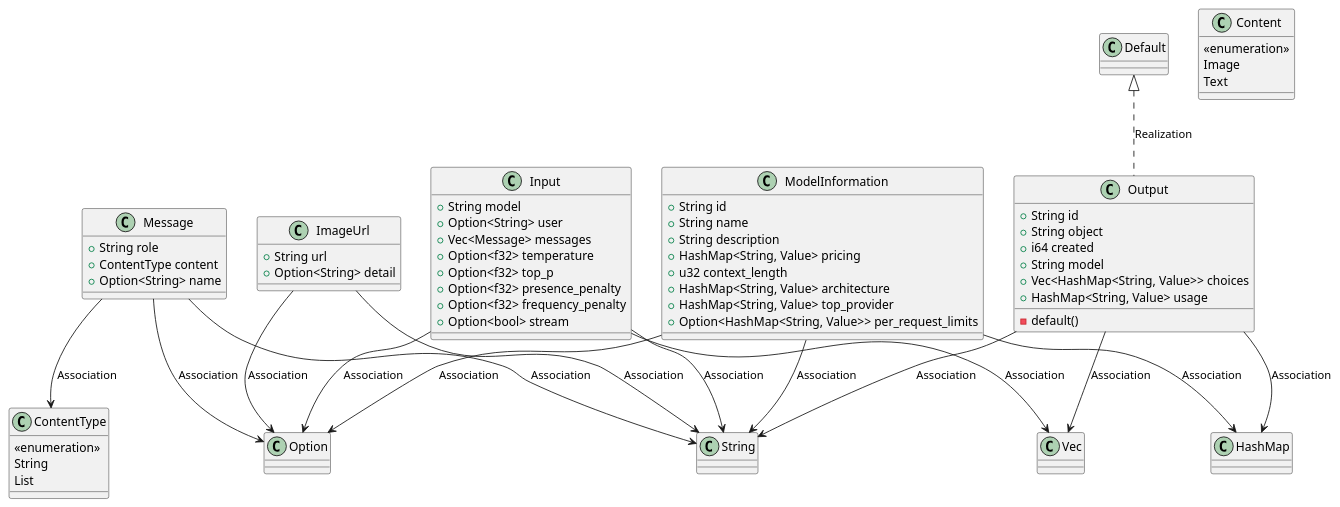
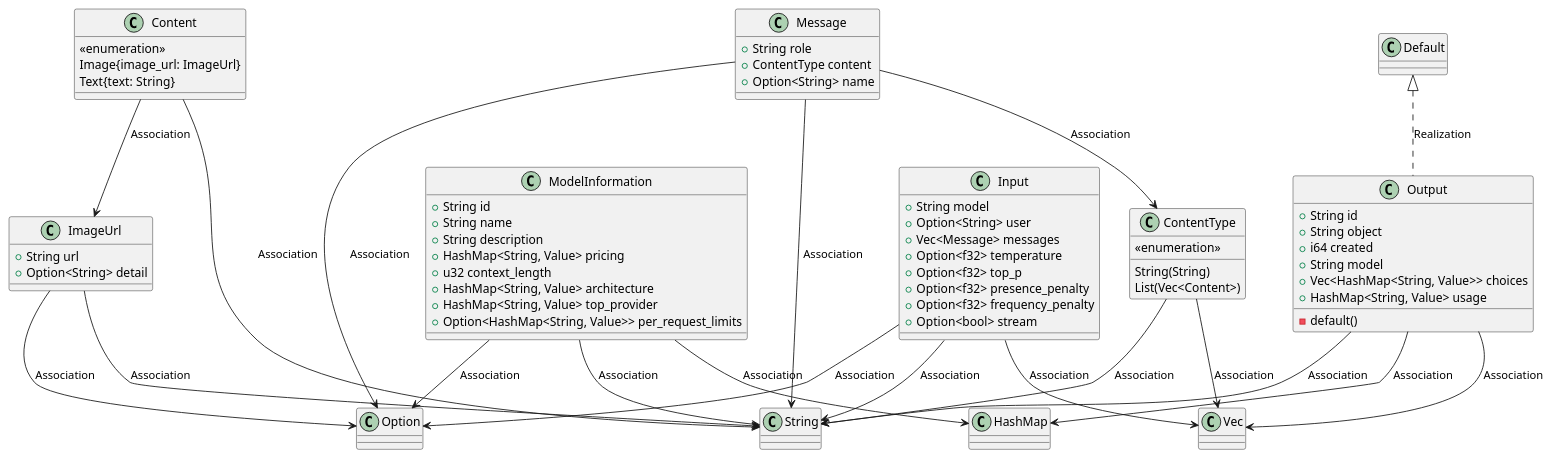
The first of 2 diagrams in openwiki/modules/src/application/dtos.md (lgcorzo/fastapi-autogen-team), drawn with PlantUML before and after one commit. The commit also changed other lines of this file and 35 other files, not shown here.

````diff
--- a/openwiki/modules/src/application/dtos.md
+++ b/openwiki/modules/src/application/dtos.md
@@ -26,67 +26,71 @@
 ```plantuml
 @startuml
     class ImageUrl {
         +String url
         +Option<String> detail
     }
     class Content {
         <<enumeration>>
-        Image
-        Text
+        Image{image_url: ImageUrl}
+        Text{text: String}
     }
     class ModelInformation {
         +String id
         +String name
         +String description
         +HashMap<String, Value> pricing
         +u32 context_length
         +HashMap<String, Value> architecture
         +HashMap<String, Value> top_provider
         +Option<HashMap<String, Value>> per_request_limits
     }
     class Message {
         +String role
         +ContentType content
         +Option<String> name
     }
     class ContentType {
         <<enumeration>>
-        String
-        List
+        String(String)
+        List(Vec<Content>)
     }
     class Input {
         +String model
         +Option<String> user
         +Vec<Message> messages
         +Option<f32> temperature
         +Option<f32> top_p
         +Option<f32> presence_penalty
         +Option<f32> frequency_penalty
         +Option<bool> stream
     }
     class Output {
         +String id
         +String object
         +i64 created
         +String model
         +Vec<HashMap<String, Value>> choices
         +HashMap<String, Value> usage
         -default()
     }
+    Content --> ImageUrl : Association
+    Content --> String : Association
+    ContentType --> String : Association
+    ContentType --> Vec : Association
     Default <|.. Output : Realization
     ImageUrl --> Option : Association
     ImageUrl --> String : Association
     Input --> Option : Association
     Input --> String : Association
     Input --> Vec : Association
     Message --> ContentType : Association
     Message --> Option : Association
     Message --> String : Association
     ModelInformation --> HashMap : Association
     ModelInformation --> Option : Association
     ModelInformation --> String : Association
     Output --> HashMap : Association
     Output --> String : Association
     Output --> Vec : Association
 @enduml
 ```
````
